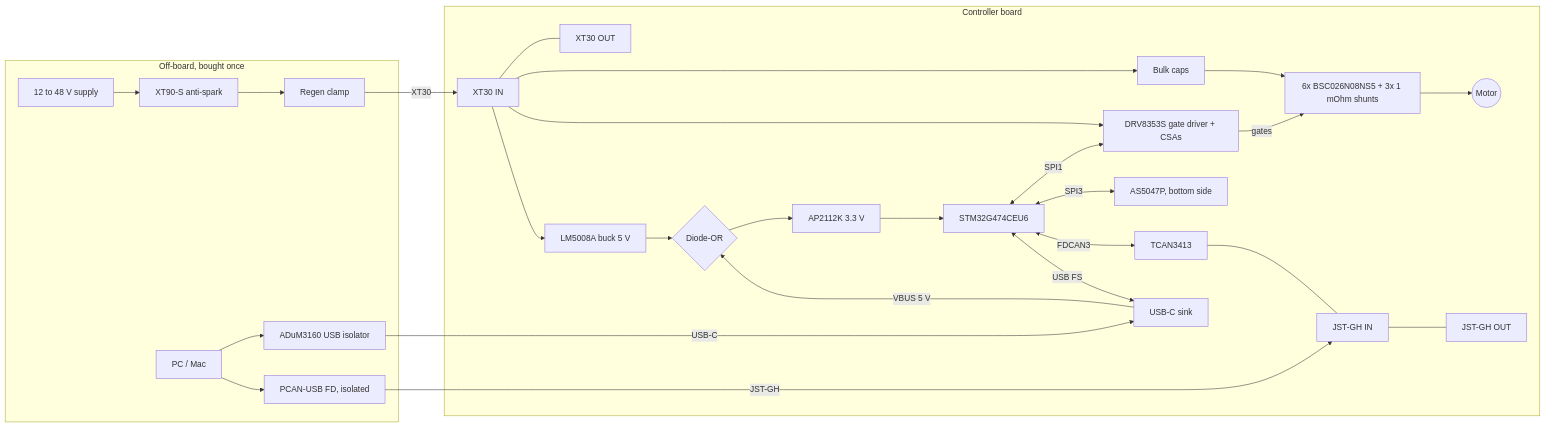
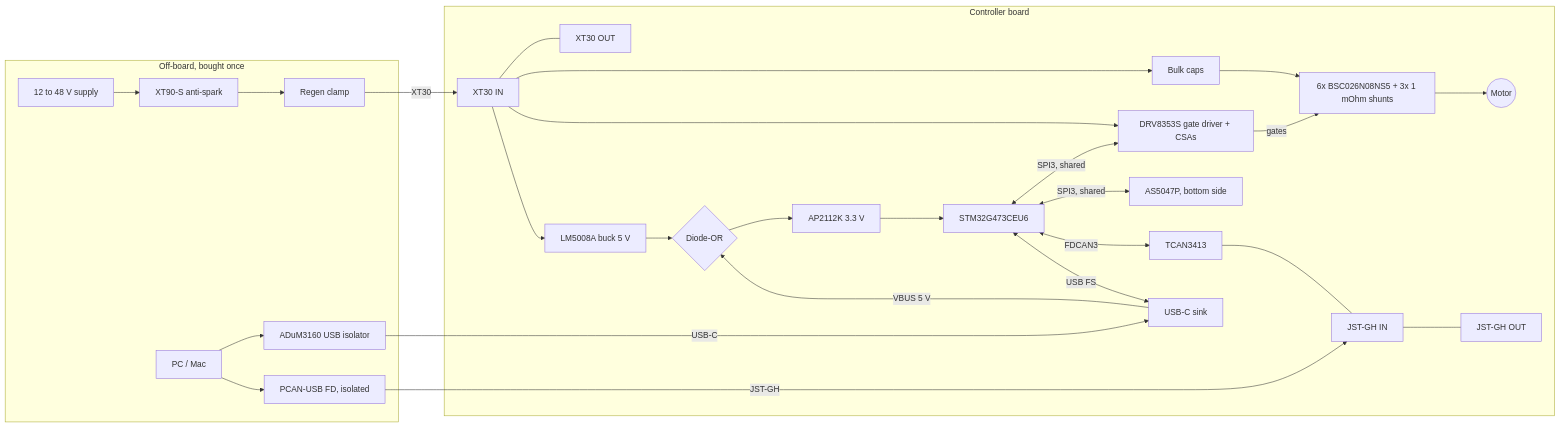
One commit to mAzurkovic/foc changed the diagram in specs/pmsm-controller/design-electronics.md. Above: the diagram before and after it, drawn with Mermaid. The commit also changed other lines of this file and 28 other files, not shown here.

````diff
--- a/specs/pmsm-controller/design-electronics.md
+++ b/specs/pmsm-controller/design-electronics.md
@@ -9,27 +9,27 @@
 ```mermaid
 flowchart LR
   subgraph EXT[Off-board, bought once]
     PSU[12 to 48 V supply] --> AS[XT90-S anti-spark]
     AS --> RC[Regen clamp]
     PC[PC / Mac] --> ISO[ADuM3160 USB isolator]
     PC --> PCAN[PCAN-USB FD, isolated]
   end
   RC -->|XT30| VIN
   PCAN -->|JST-GH| CANIN
   ISO -->|USB-C| USB
   subgraph BOARD[Controller board]
     VIN[XT30 IN] --- VOUTX[XT30 OUT]
     VIN --> BULK[Bulk caps] --> BRIDGE[6x BSC026N08NS5 + 3x 1 mOhm shunts] --> MOTOR((Motor))
     VIN --> DRV[DRV8353S gate driver + CSAs]
     VIN --> BUCK[LM5008A buck 5 V]
     DRV -->|gates| BRIDGE
     BUCK --> OR{Diode-OR}
     USB[USB-C sink] -->|VBUS 5 V| OR
-    OR --> LDO[AP2112K 3.3 V] --> MCU[STM32G474CEU6]
-    MCU <-->|SPI1| DRV
-    MCU <-->|SPI3| ENC[AS5047P, bottom side]
+    OR --> LDO[AP2112K 3.3 V] --> MCU[STM32G473CEU6]
+    MCU <-->|SPI3, shared| DRV
+    MCU <-->|SPI3, shared| ENC[AS5047P, bottom side]
     MCU <-->|FDCAN3| XCVR[TCAN3413]
     XCVR --- CANIN[JST-GH IN] --- CANOUT[JST-GH OUT]
     MCU <-->|USB FS| USB
   end
 ```
````
